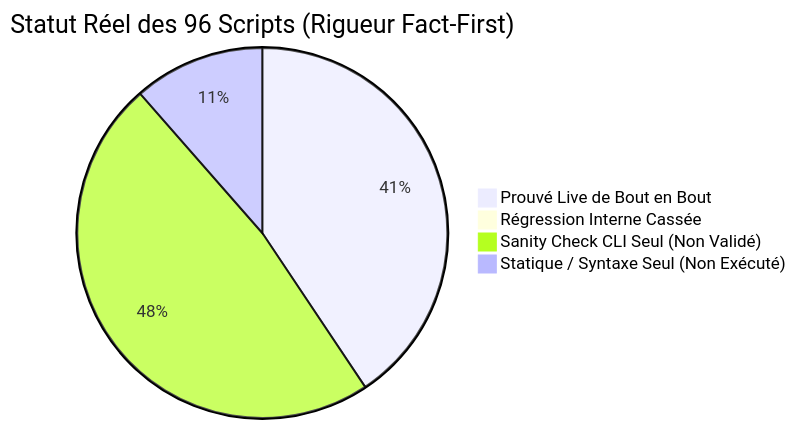
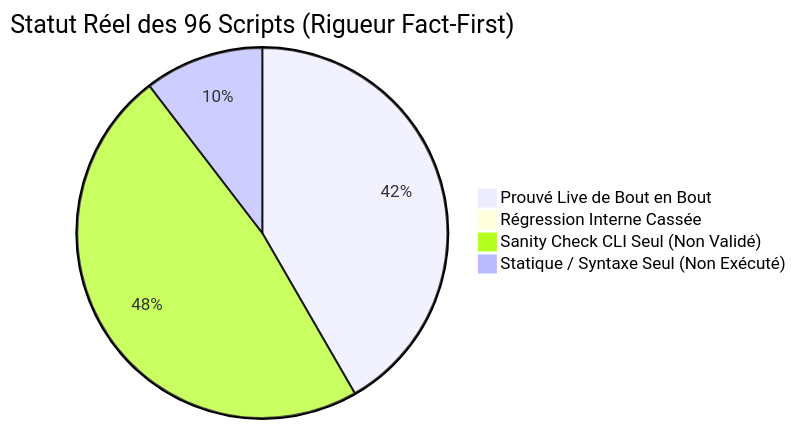
One commit to yoyonel/pydbsrt changed the diagram in docs/reference/2026-11-10-audit-exhaustif-scripts-regressions.md. Above: the diagram before and after it, drawn with Mermaid. The commit also changed other lines of this file and 2 other files, not shown here.

````diff
--- a/docs/reference/2026-11-10-audit-exhaustif-scripts-regressions.md
+++ b/docs/reference/2026-11-10-audit-exhaustif-scripts-regressions.md
@@ -16,7 +16,7 @@
 ```mermaid
 pie title Statut Réel des 96 Scripts (Rigueur Fact-First)
-    "Prouvé Live de Bout en Bout" : 39
+    "Prouvé Live de Bout en Bout" : 40
     "Régression Interne Cassée" : 0
     "Sanity Check CLI Seul (Non Validé)" : 46
-    "Statique / Syntaxe Seul (Non Exécuté)" : 11
+    "Statique / Syntaxe Seul (Non Exécuté)" : 10
 ```
````
